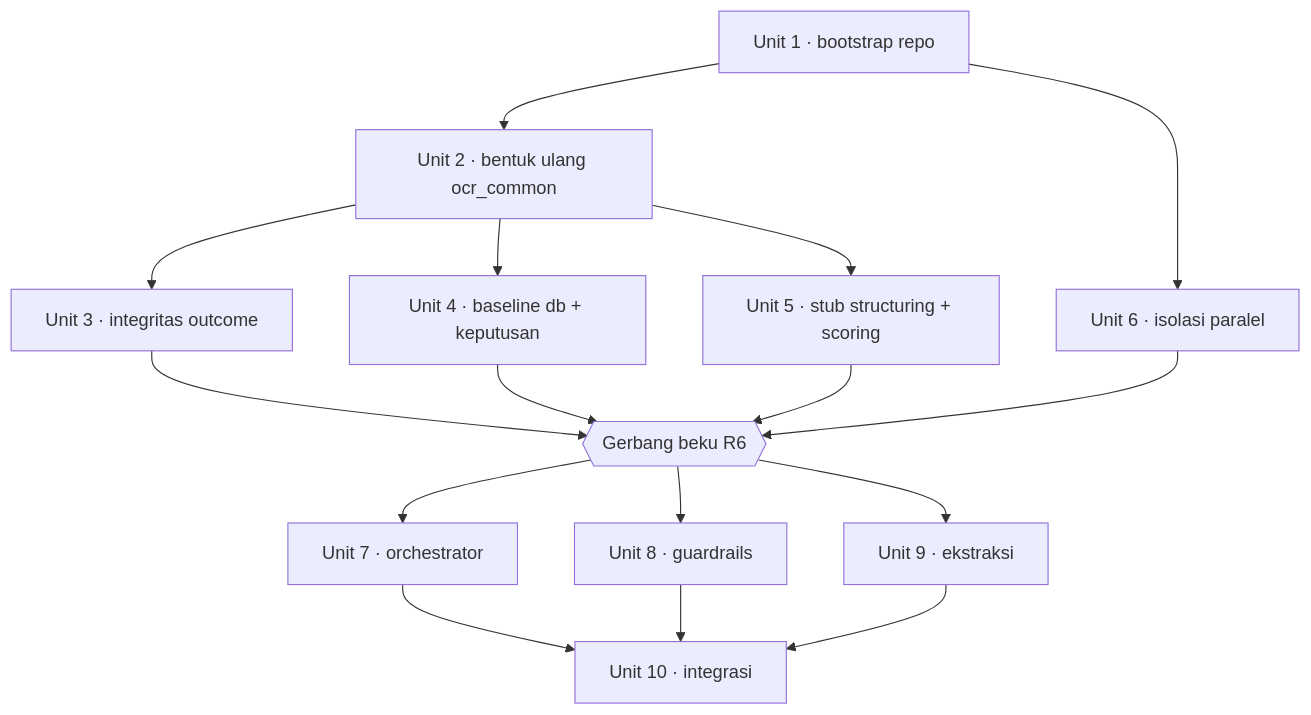
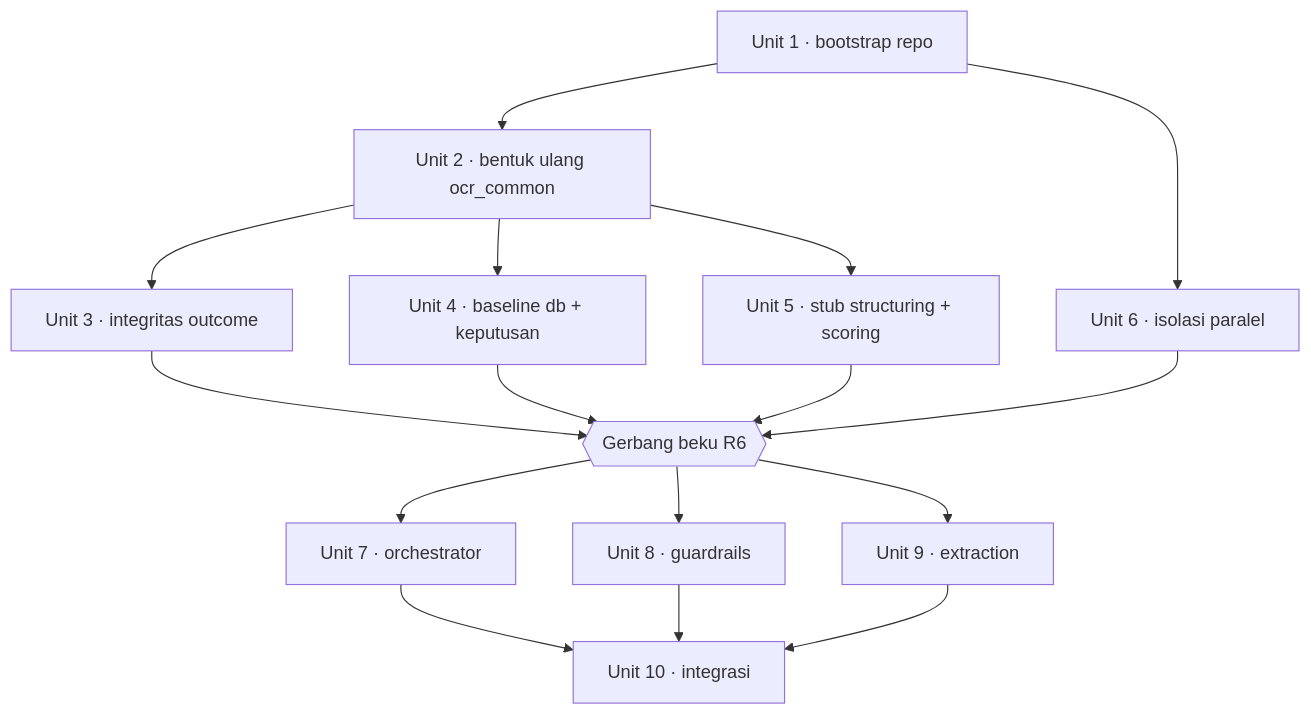
Before and after one commit to Kasyfil97/nlm-k2: the diagram in docs/plans/2026-09-26-001-feat-nlm-k2-tiga-service-pertama-plan.md, drawn with Mermaid. The commit also changed other lines of this file and 143 other files, not shown here.

First line of the commit message:
Rename service from ekstraksi to extraction throughout the codebase

````diff
--- a/docs/plans/2026-09-26-001-feat-nlm-k2-tiga-service-pertama-plan.md
+++ b/docs/plans/2026-09-26-001-feat-nlm-k2-tiga-service-pertama-plan.md
@@ -206,18 +206,18 @@
 ```mermaid
 flowchart TB
     U1["Unit 1 · bootstrap repo"] --> U2["Unit 2 · bentuk ulang ocr_common"]
     U1 --> U6["Unit 6 · isolasi paralel"]
     U2 --> U3["Unit 3 · integritas outcome"]
     U2 --> U4["Unit 4 · baseline db + keputusan"]
     U2 --> U5["Unit 5 · stub structuring + scoring"]
     U3 --> G{{"Gerbang beku R6"}}
     U4 --> G
     U5 --> G
     U6 --> G
     G --> U7["Unit 7 · orchestrator"]
     G --> U8["Unit 8 · guardrails"]
-    G --> U9["Unit 9 · ekstraksi"]
+    G --> U9["Unit 9 · extraction"]
     U7 --> U10["Unit 10 · integrasi"]
     U8 --> U10
     U9 --> U10
 ```
````
